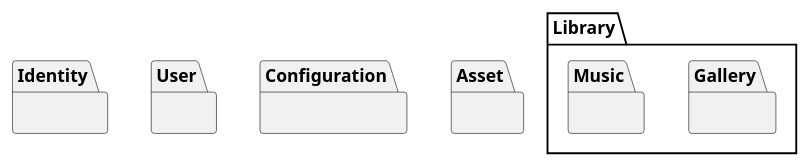
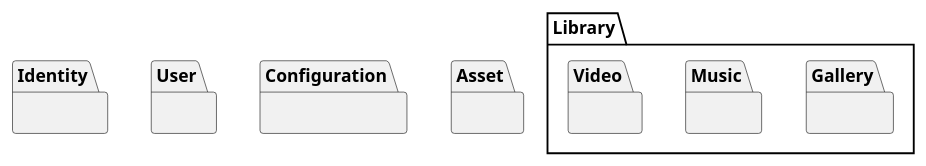
The first of 8 diagrams in docs/development/UseCases.md (Mnemorium/mnemorium), drawn with PlantUML before and after one commit. The commit also changed other lines of this file and 73 other files, not shown here.

````diff
--- a/docs/development/UseCases.md
+++ b/docs/development/UseCases.md
@@ -22,20 +22,22 @@
 ```puml
 @startuml
 skinparam style strictuml
 
 package "Identity" as Identity {
 }
 package "User" as User {
 }
 package "Library" as Library {
   package "Gallery" as Gallery {
   }
   package "Music" as Music {
   }
+  package "Video" as Video {
+  }
 }
 package "Configuration" as Configuration {
 }
 package "Asset" as Asset {
 }
 @enduml
 ```
````
